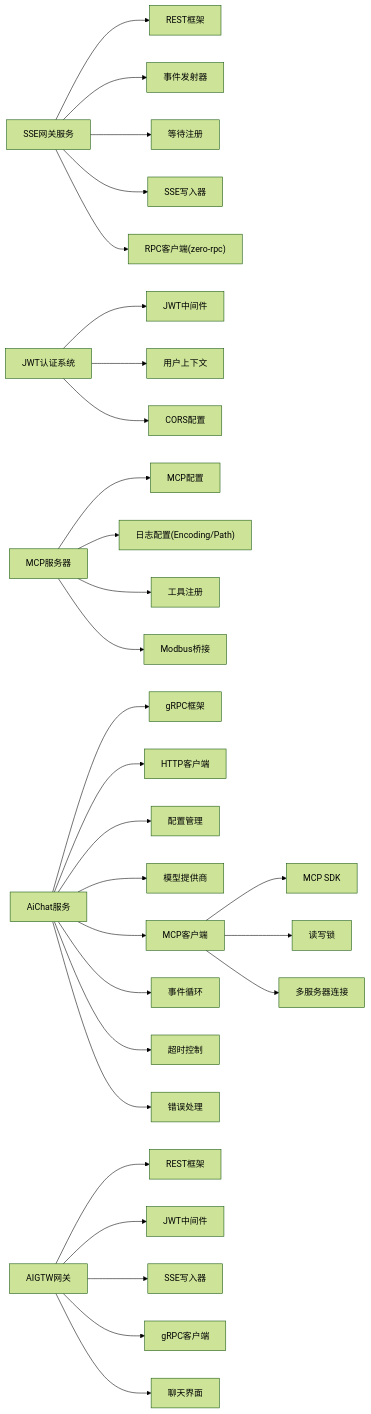
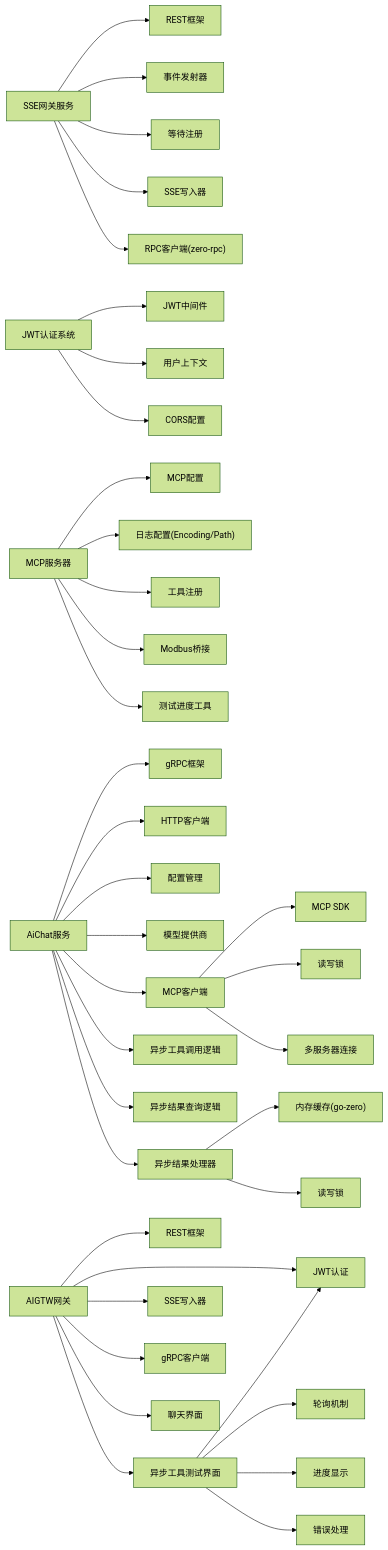
One commit to maomao94/zero-service changed the ninth of 9 diagrams in .qoder/repowiki/zh/content/AI应用模块/AI应用模块.md. Above: the diagram before and after it, drawn with Mermaid (forest theme). The commit also changed other lines of this file and 42 other files, not shown here.

````diff
--- a/.qoder/repowiki/zh/content/AI应用模块/AI应用模块.md
+++ b/.qoder/repowiki/zh/content/AI应用模块/AI应用模块.md
@@ -727,31 +893,39 @@
 ```mermaid
 graph LR
 SSE["SSE网关服务"] --> REST["REST框架"]
 SSE --> EVT["事件发射器"]
 SSE --> REG["等待注册"]
 SSE --> WR["SSE写入器"]
 SSE --> RPC["RPC客户端(zero-rpc)"]
 JWT["JWT认证系统"] --> JWTMW["JWT中间件"]
 JWT --> CTX["用户上下文"]
 JWT --> CORS["CORS配置"]
 MCP["MCP服务器"] --> MCPCFG["MCP配置"]
 MCP --> LOGCFG["日志配置(Encoding/Path)"]
 MCP --> TOOL["工具注册"]
 MCP --> BRIDGE["Modbus桥接"]
+MCP --> TESTPROGRESS["测试进度工具"]
 AICHAT["AiChat服务"] --> GRPC["gRPC框架"]
 AICHAT --> HTTPC["HTTP客户端"]
 AICHAT --> CFG["配置管理"]
 AICHAT --> PROV["模型提供商"]
 AICHAT --> MCPCLI["MCP客户端"]
+AICHAT --> ASYNCLOGIC["异步工具调用逻辑"]
+AICHAT --> RESULTLOGIC["异步结果查询逻辑"]
+AICHAT --> ASYNCHANDLER["异步结果处理器"]
 MCPCLI --> MCPSDK["MCP SDK"]
 MCPCLI --> LOCK["读写锁"]
 MCPCLI --> MULTISRV["多服务器连接"]
-AICHAT --> LOOP["事件循环"]
-AICHAT --> TIMEOUT["超时控制"]
-AICHAT --> ERR["错误处理"]
+ASYNCHANDLER --> MEMCACHE["内存缓存(go-zero)"]
+ASYNCHANDLER --> RWLOCK["读写锁"]
+ASYNCUI["HTML测试界面"] --> JWT2["JWT认证"]
+ASYNCUI --> POLLING["轮询机制"]
+ASYNCUI --> PROGRESS["进度显示"]
+ASYNCUI --> ERROR["错误处理"]
 AIGTW["AIGTW网关"] --> REST2["REST框架"]
-AIGTW --> JWT2["JWT中间件"]
+AIGTW --> JWT2
 AIGTW --> SSEX["SSE写入器"]
 AIGTW --> GRPCCLI["gRPC客户端"]
 AIGTW --> HTML["聊天界面"]
+AIGTW --> ASYNCUI["异步工具测试界面"]
 ```
````
